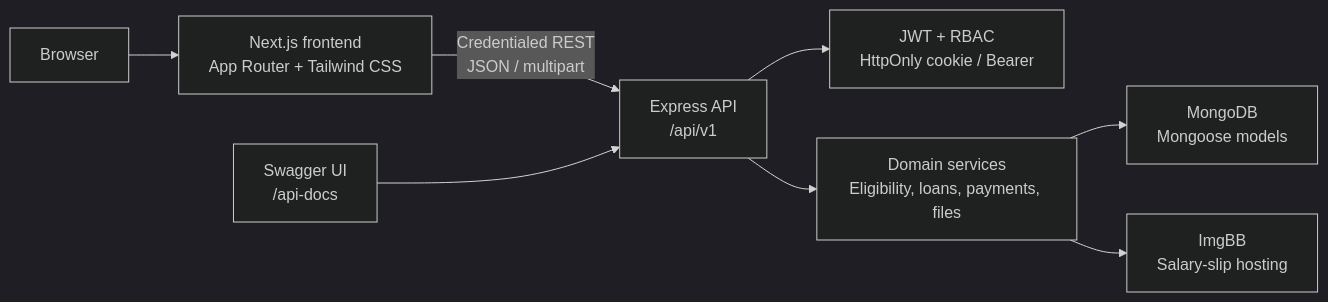
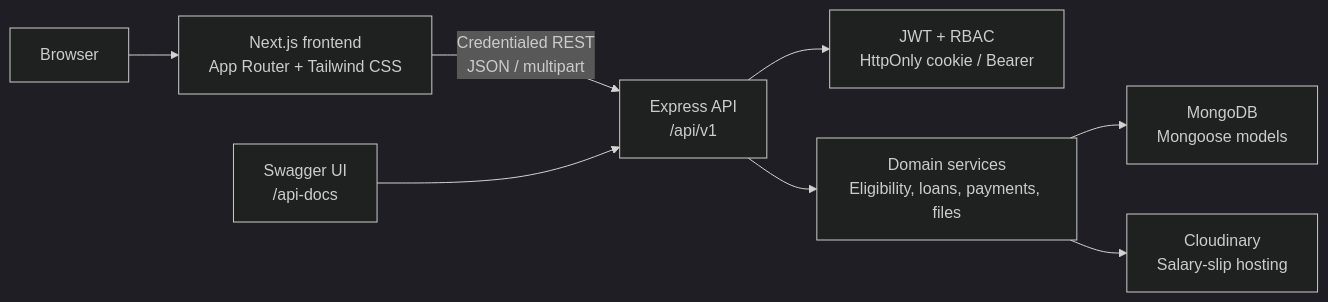
Before and after one commit to soumyarajbag/CreditSea-Assessment: the first of 2 diagrams in README.md, drawn with Mermaid (dark theme). The commit also changed other lines of this file and 13 other files, not shown here.

Commit message:
feat: migrate salary slip storage to Cloudinary

````diff
--- a/README.md
+++ b/README.md
@@ -26,10 +26,10 @@
 ```mermaid
 flowchart LR
     Browser["Browser"] --> Frontend["Next.js frontend<br/>App Router + Tailwind CSS"]
     Frontend -->|"Credentialed REST<br/>JSON / multipart"| API["Express API<br/>/api/v1"]
     Swagger["Swagger UI<br/>/api-docs"] --> API
     API --> Auth["JWT + RBAC<br/>HttpOnly cookie / Bearer"]
     API --> Services["Domain services<br/>Eligibility, loans, payments, files"]
     Services --> Mongo["MongoDB<br/>Mongoose models"]
-    Services --> ImgBB["ImgBB<br/>Salary-slip hosting"]
+    Services --> Cloudinary["Cloudinary<br/>Salary-slip hosting"]
 ```
````
